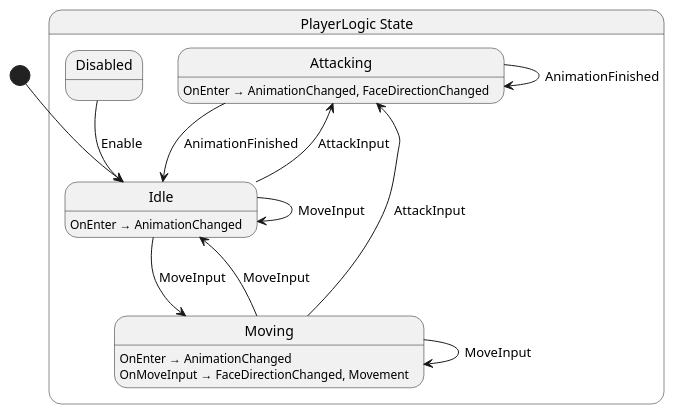
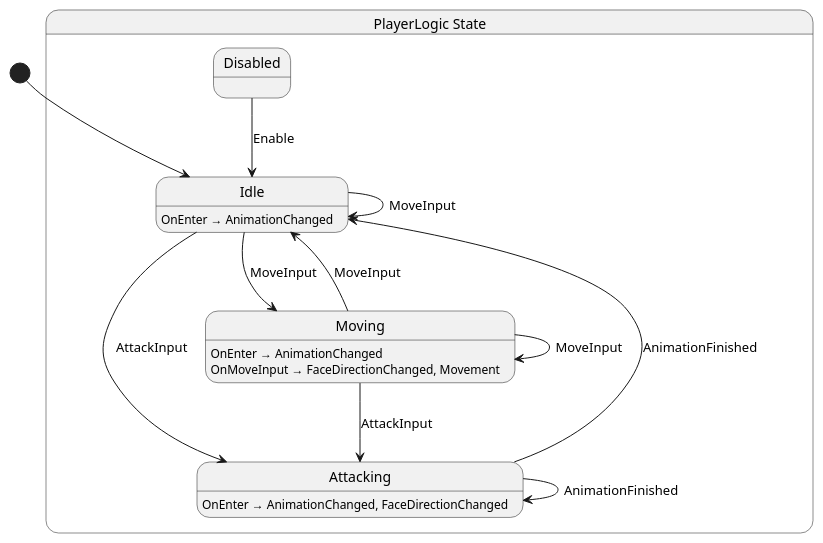
One commit to Nilsiker/Adventure changed the diagram in src/player/state/PlayerLogic.g.puml. Above: the diagram before and after it, drawn with PlantUML. The commit also changed other lines of this file and 3 other files, not shown here.

```diff
--- a/src/player/state/PlayerLogic.g.puml
+++ b/src/player/state/PlayerLogic.g.puml
@@ -1,25 +1,25 @@
 @startuml PlayerLogic
 state "PlayerLogic State" as Shellguard_Player_State_PlayerLogic_State {
+  state "Idle" as Shellguard_Player_State_PlayerLogic_State_Idle
+  state "Moving" as Shellguard_Player_State_PlayerLogic_State_Moving
   state "Attacking" as Shellguard_Player_State_PlayerLogic_State_Attacking
   state "Disabled" as Shellguard_Player_State_PlayerLogic_State_Disabled
-  state "Idle" as Shellguard_Player_State_PlayerLogic_State_Idle
-  state "Moving" as Shellguard_Player_State_PlayerLogic_State_Moving
 }
 
 Shellguard_Player_State_PlayerLogic_State_Attacking --> Shellguard_Player_State_PlayerLogic_State_Attacking : AnimationFinished
 Shellguard_Player_State_PlayerLogic_State_Attacking --> Shellguard_Player_State_PlayerLogic_State_Idle : AnimationFinished
 Shellguard_Player_State_PlayerLogic_State_Disabled --> Shellguard_Player_State_PlayerLogic_State_Idle : Enable
 Shellguard_Player_State_PlayerLogic_State_Idle --> Shellguard_Player_State_PlayerLogic_State_Attacking : AttackInput
 Shellguard_Player_State_PlayerLogic_State_Idle --> Shellguard_Player_State_PlayerLogic_State_Idle : MoveInput
 Shellguard_Player_State_PlayerLogic_State_Idle --> Shellguard_Player_State_PlayerLogic_State_Moving : MoveInput
 Shellguard_Player_State_PlayerLogic_State_Moving --> Shellguard_Player_State_PlayerLogic_State_Attacking : AttackInput
 Shellguard_Player_State_PlayerLogic_State_Moving --> Shellguard_Player_State_PlayerLogic_State_Idle : MoveInput
 Shellguard_Player_State_PlayerLogic_State_Moving --> Shellguard_Player_State_PlayerLogic_State_Moving : MoveInput
 
 Shellguard_Player_State_PlayerLogic_State_Attacking : OnEnter → AnimationChanged, FaceDirectionChanged
 Shellguard_Player_State_PlayerLogic_State_Idle : OnEnter → AnimationChanged
 Shellguard_Player_State_PlayerLogic_State_Moving : OnEnter → AnimationChanged
 Shellguard_Player_State_PlayerLogic_State_Moving : OnMoveInput → FaceDirectionChanged, Movement
 
 [*] --> Shellguard_Player_State_PlayerLogic_State_Idle
 @enduml
```
